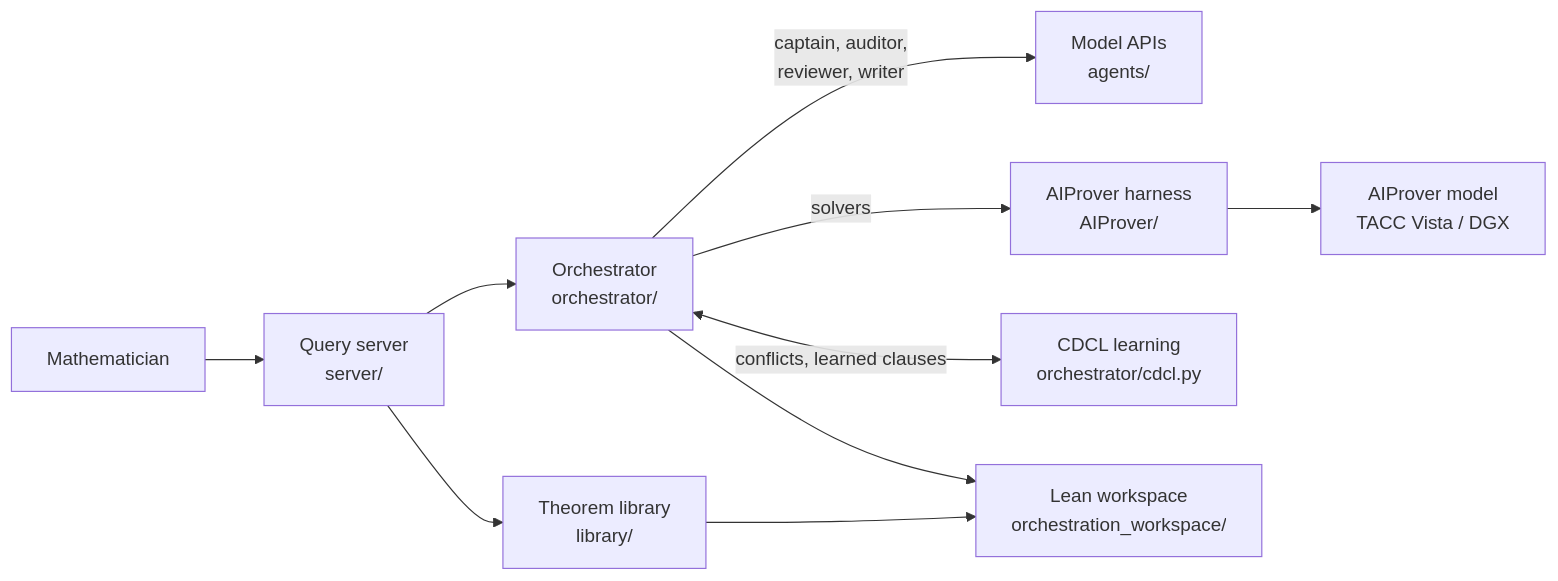
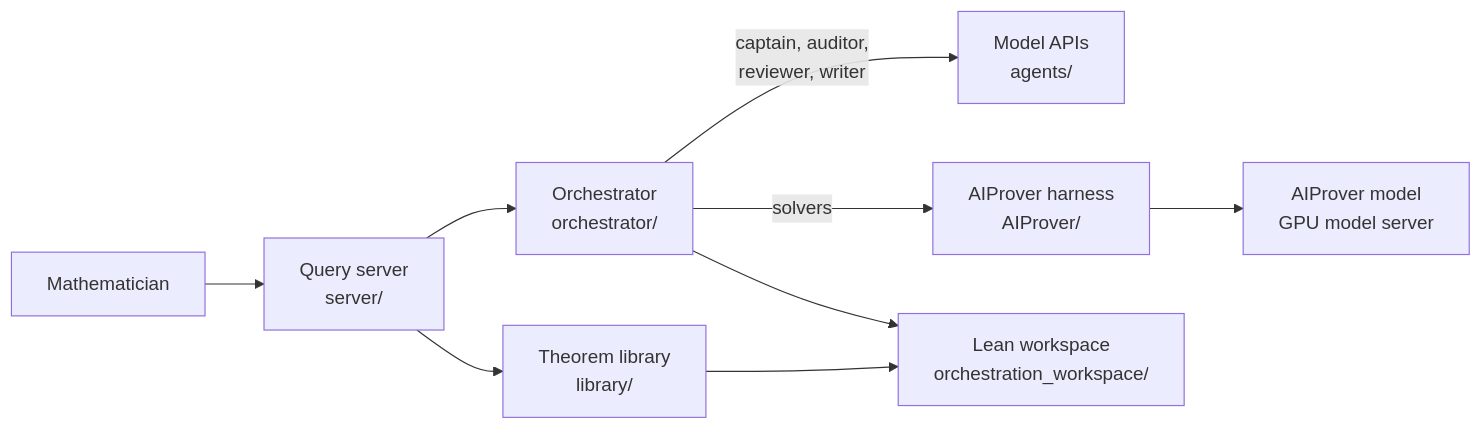
One commit to Logan-Cole-Luna/aiprover-orchestration changed the diagram in README.md. Above: the diagram before and after it, drawn with Mermaid. The commit also changed other lines of this file and 19 other files, not shown here.

````diff
--- a/README.md
+++ b/README.md
@@ -13,12 +145,11 @@
 ```mermaid
 flowchart LR
     M[Mathematician] --> S[Query server<br/>server/]
     S --> O[Orchestrator<br/>orchestrator/]
     S --> L[Theorem library<br/>library/]
     O -->|captain, auditor,<br/>reviewer, writer| C[Model APIs<br/>agents/]
     O -->|solvers| A[AIProver harness<br/>AIProver/]
-    O <-->|conflicts, learned clauses| K[CDCL learning<br/>orchestrator/cdcl.py]
-    A --> V[AIProver model<br/>TACC Vista / DGX]
+    A --> V[AIProver model<br/>GPU model server]
     O --> W[Lean workspace<br/>orchestration_workspace/]
     L --> W
 ```
````
